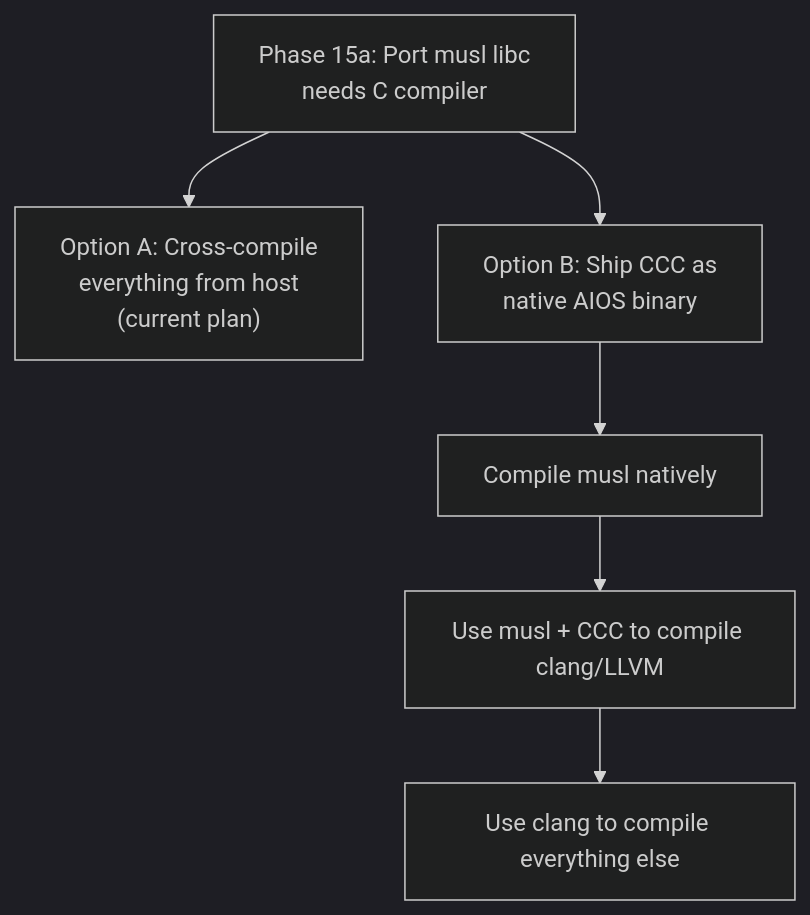
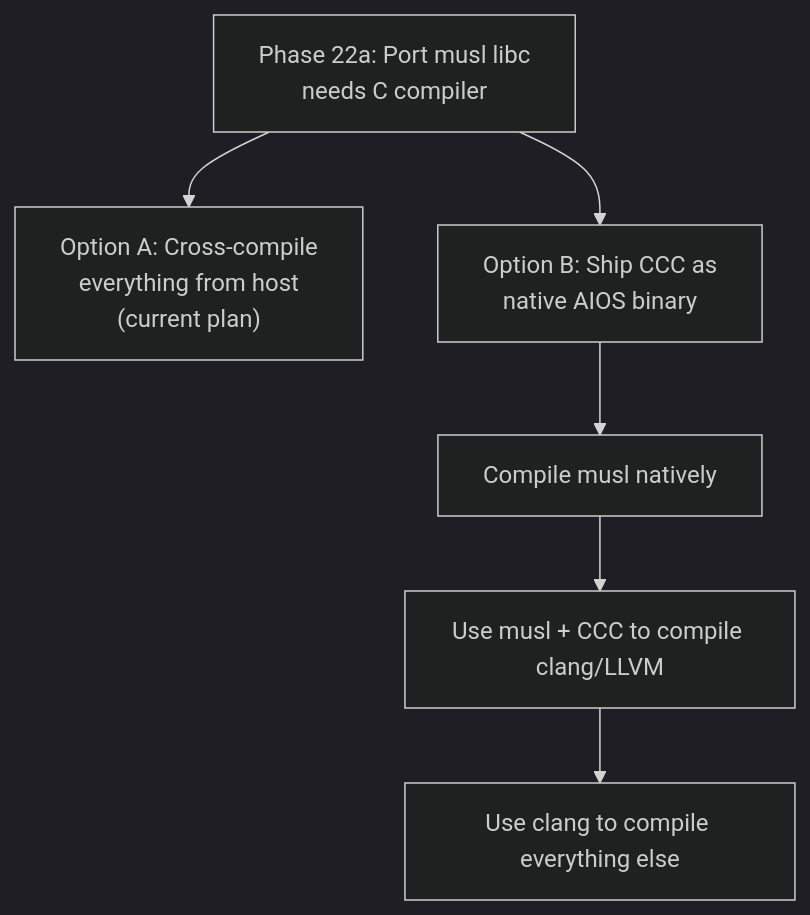
The fifth of 7 diagrams in docs/project/ccc-integration-analysis.md (juslee/aios), drawn with Mermaid (dark theme) before and after one commit. The commit also changed other lines of this file and 94 other files, not shown here.

````diff
--- a/docs/project/ccc-integration-analysis.md
+++ b/docs/project/ccc-integration-analysis.md
@@ -219,9 +219,9 @@
 ```mermaid
 flowchart TD
-    Start["Phase 15a: Port musl libc<br>needs C compiler"]
+    Start["Phase 22a: Port musl libc<br>needs C compiler"]
     Start --> A["Option A: Cross-compile<br>everything from host<br>(current plan)"]
     Start --> B["Option B: Ship CCC as<br>native AIOS binary"]
     B --> C[Compile musl natively]
     C --> D[Use musl + CCC to compile clang/LLVM]
     D --> E[Use clang to compile everything else]
 ```
````
